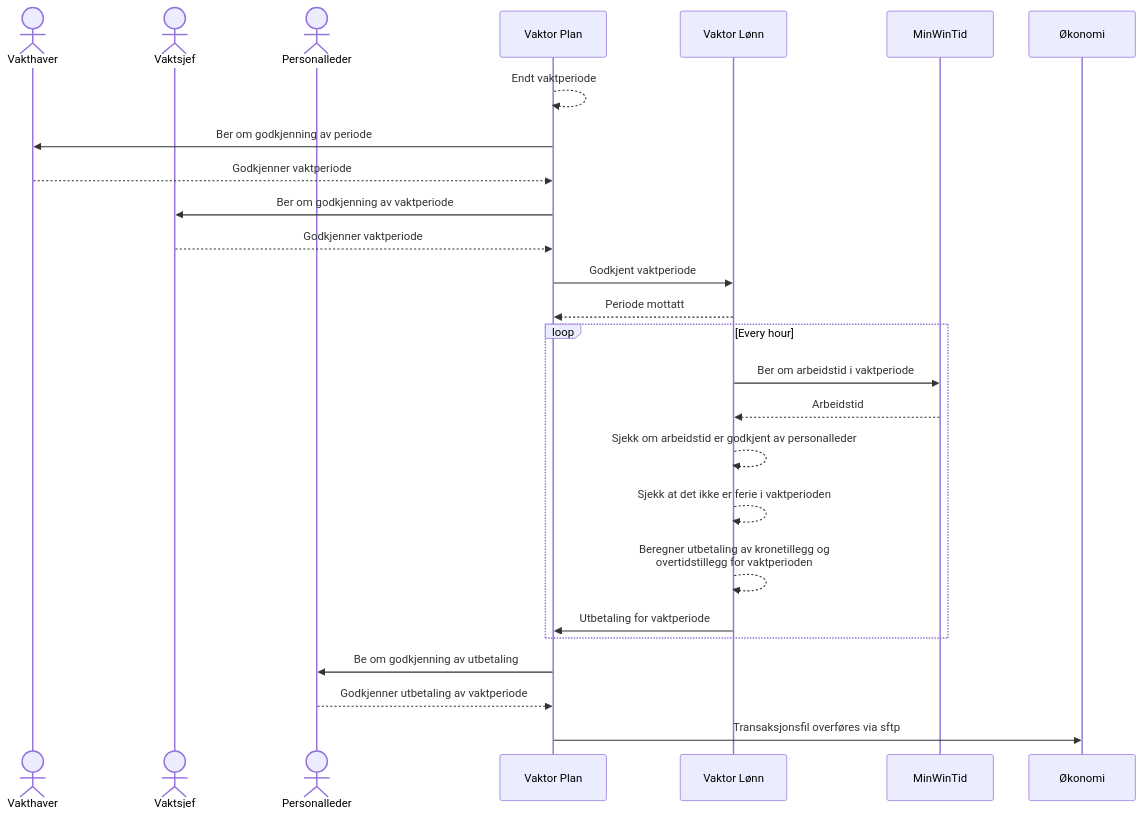
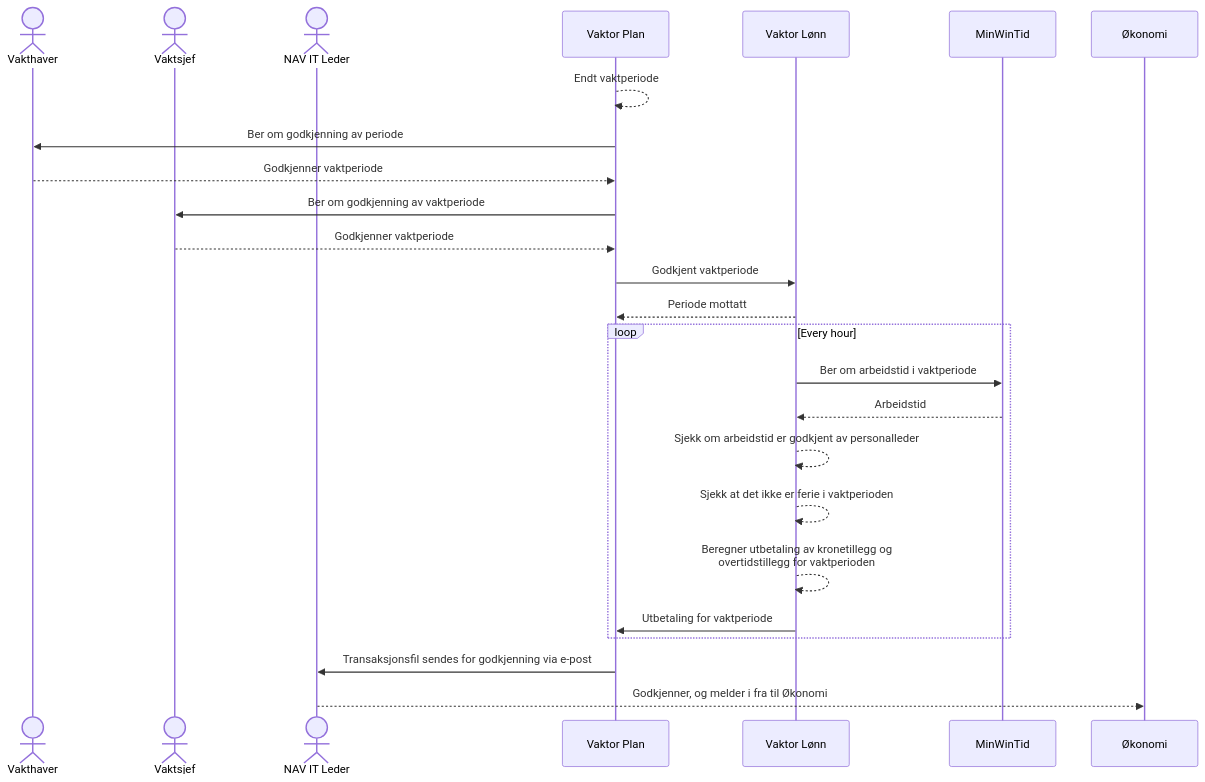
Before and after one commit to navikt/vaktor-lonn: the diagram in README.md, drawn with Mermaid.

Commit message:
doc: oppdatert med midlertidig utbetalingsprosess

````diff
--- a/README.md
+++ b/README.md
@@ -28,26 +28,25 @@
 ```mermaid
 sequenceDiagram
 actor Vakthaver
 actor Vaktsjef
-actor Personalleder
+actor leder as NAV IT Leder
 participant Plan as Vaktor Plan
 participant Lønn as Vaktor Lønn
 Plan-->>Plan: Endt vaktperiode
 Plan->>Vakthaver: Ber om godkjenning av periode
 Vakthaver-->>Plan: Godkjenner vaktperiode
 Plan->>Vaktsjef: Ber om godkjenning av vaktperiode
 Vaktsjef-->>Plan: Godkjenner vaktperiode
 Plan->>Lønn: Godkjent vaktperiode
 Lønn-->>Plan: Periode mottatt
 loop Every hour
   Lønn->>MinWinTid: Ber om arbeidstid i vaktperiode
   MinWinTid-->>Lønn: Arbeidstid
   Lønn-->>Lønn: Sjekk om arbeidstid er godkjent av personalleder
   Lønn-->>Lønn: Sjekk at det ikke er ferie i vaktperioden
   Lønn-->>Lønn: Beregner utbetaling av kronetillegg og<br/>overtidstillegg for vaktperioden
   Lønn->>Plan: Utbetaling for vaktperiode
 end
-Plan->>Personalleder: Be om godkjenning av utbetaling
-Personalleder-->>Plan: Godkjenner utbetaling av vaktperiode
-Plan->>Økonomi: Transaksjonsfil overføres via sftp
+Plan->>leder: Transaksjonsfil sendes for godkjenning via e-post
+leder-->>Økonomi: Godkjenner, og melder i fra til Økonomi
 ```
````
